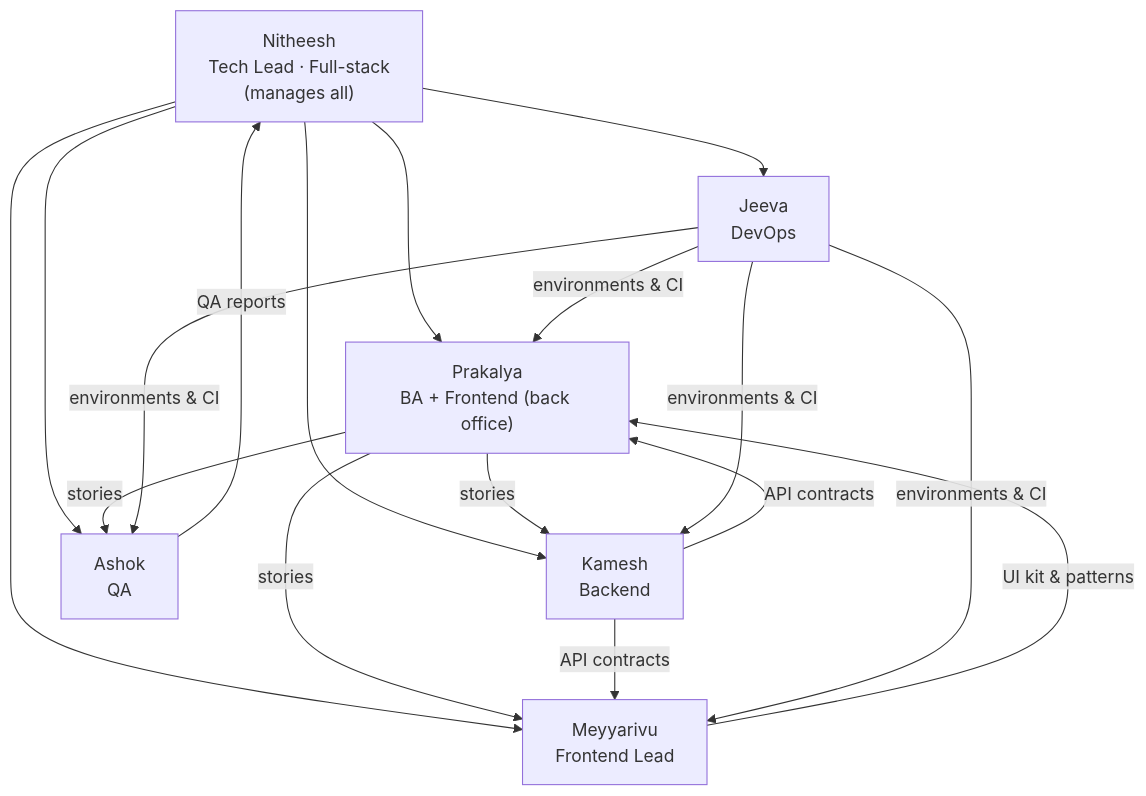
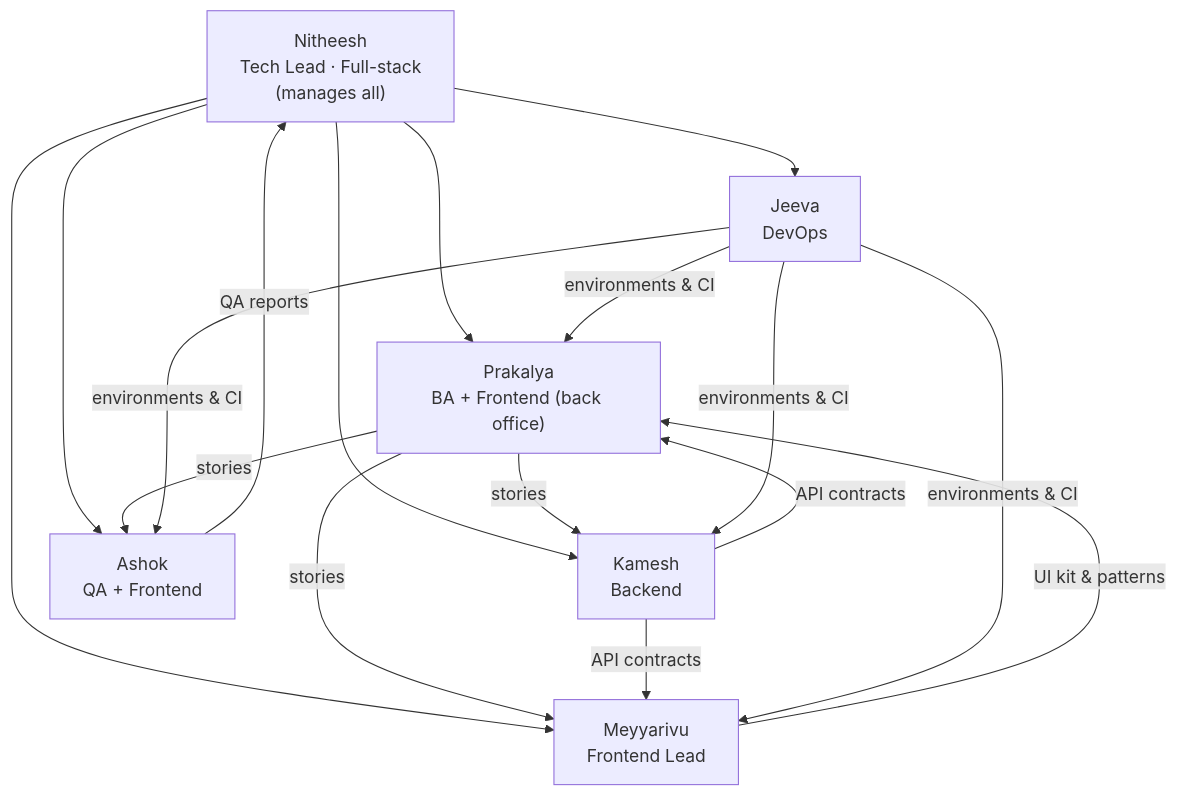
One commit to Setups-Works/medical-erp changed the diagram in docs/team/TEAM_AND_OWNERSHIP.md. Above: the diagram before and after it, drawn with Mermaid. The commit also changed other lines of this file and 17 other files, not shown here.

First line of the commit message:
feat(team): Ashok joins frontend; @mention picker in MENO Hub

````diff
--- a/docs/team/TEAM_AND_OWNERSHIP.md
+++ b/docs/team/TEAM_AND_OWNERSHIP.md
@@ -5,15 +5,15 @@
 ```mermaid
 flowchart TB
     N["Nitheesh<br/>Tech Lead · Full-stack<br/>(manages all)"]
     P["Prakalya<br/>BA + Frontend (back office)"]
     K["Kamesh<br/>Backend"]
     M["Meyyarivu<br/>Frontend Lead"]
-    A["Ashok<br/>QA"]
+    A["Ashok<br/>QA + Frontend"]
     J["Jeeva<br/>DevOps"]
     N --> P & K & M & A & J
     P -- stories --> K & M & A
     K -- API contracts --> M & P
     M -- UI kit & patterns --> P
     A -- QA reports --> N
     J -- environments & CI --> K & M & P & A
 ```
````
